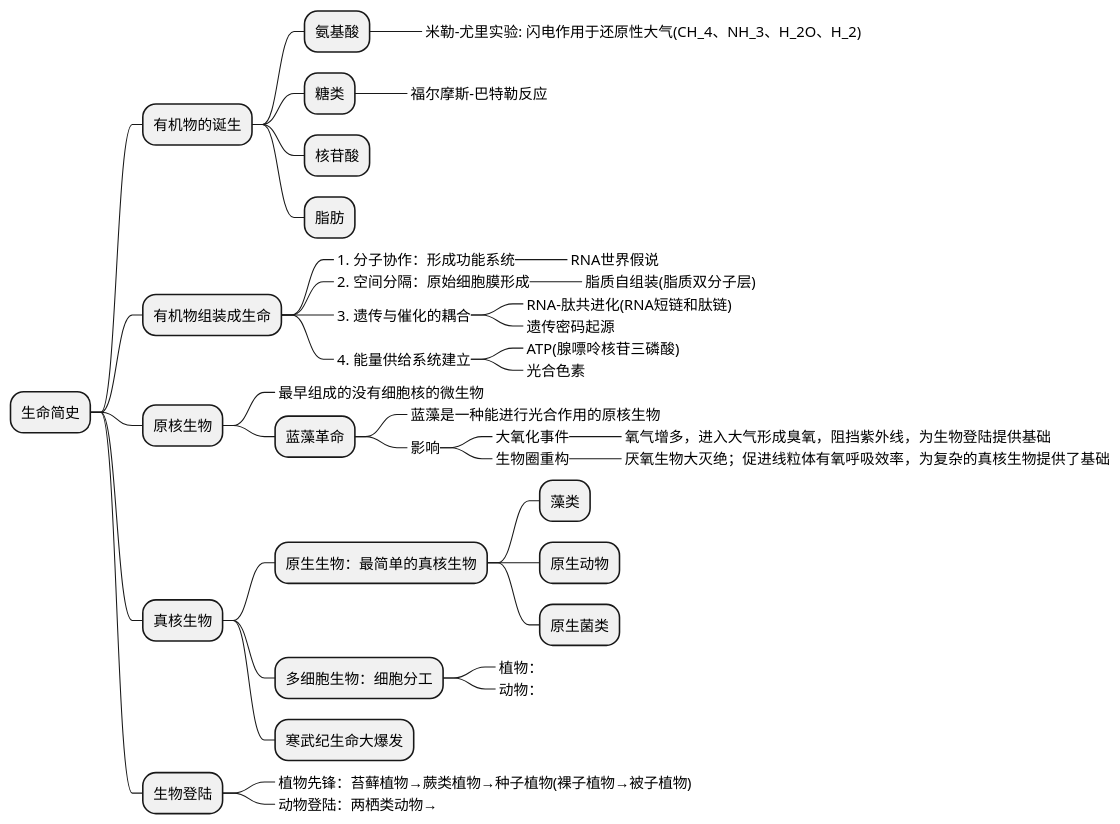
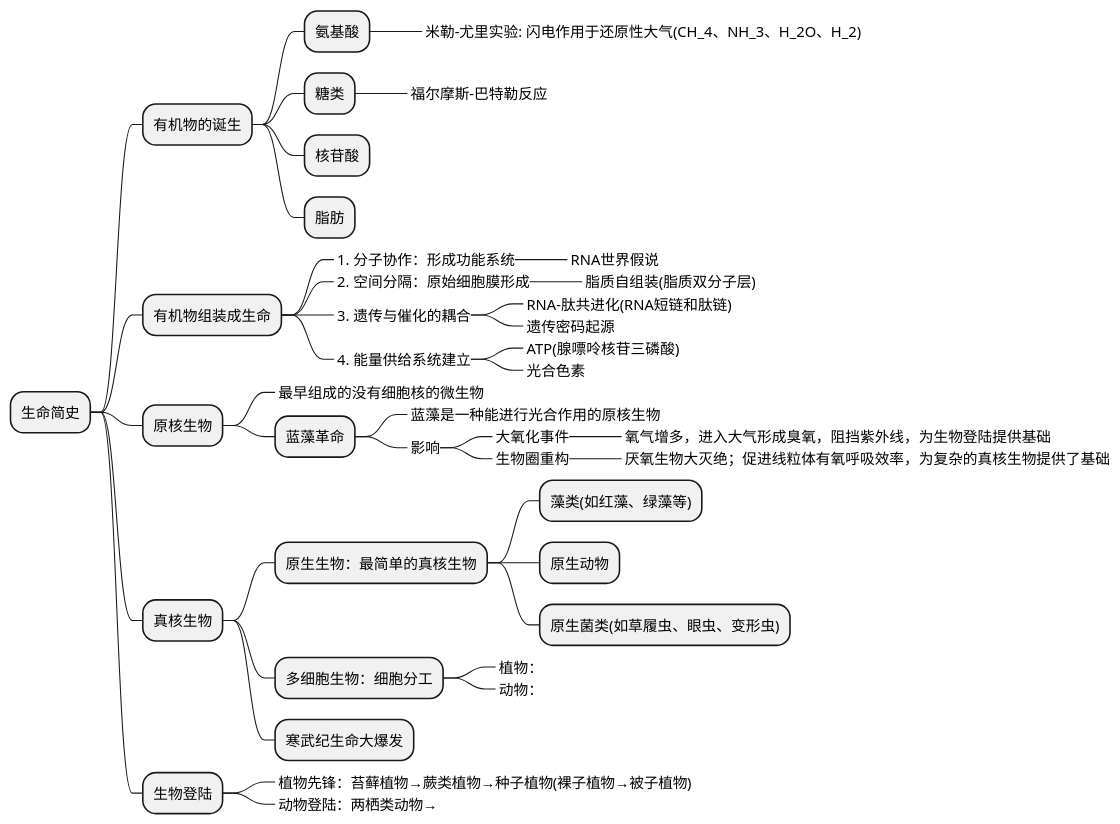
One commit to holmofy/blog.hufeifei.cn changed the diagram in source/_posts/history/life-history.md. Above: the diagram before and after it, drawn with PlantUML.

````diff
--- a/source/_posts/history/life-history.md
+++ b/source/_posts/history/life-history.md
@@ -15,44 +15,44 @@
 ```plantuml
 @startmindmap
 + 生命简史
 ++ 有机物的诞生
 +++ 氨基酸
 ++++_ 米勒-尤里实验: 闪电作用于还原性大气(CH_4、NH_3、H_2O、H_2)
 +++ 糖类
 ++++_ 福尔摩斯-巴特勒反应
 +++ 核苷酸
 +++ 脂肪
 ++ 有机物组装成生命
 +++_ 1. 分子协作：形成功能系统
 ++++_ RNA世界假说
 +++_ 2. 空间分隔：原始细胞膜形成
 ++++_ 脂质自组装(脂质双分子层)
 +++_ 3. 遗传与催化的耦合
 ++++_ RNA-肽共进化(RNA短链和肽链)
 ++++_ 遗传密码起源
 +++_ 4. 能量供给系统建立
 ++++_ ATP(腺嘌呤核苷三磷酸)
 ++++_ 光合色素
 ++ 原核生物
 +++_ 最早组成的没有细胞核的微生物
 +++ 蓝藻革命
 ++++_ 蓝藻是一种能进行光合作用的原核生物
 ++++_ 影响
 +++++_ 大氧化事件
 ++++++_ 氧气增多，进入大气形成臭氧，阻挡紫外线，为生物登陆提供基础
 +++++_ 生物圈重构
 ++++++_ 厌氧生物大灭绝；促进线粒体有氧呼吸效率，为复杂的真核生物提供了基础
 ++ 真核生物
 +++ 原生生物：最简单的真核生物
-++++ 藻类
+++++ 藻类(如红藻、绿藻等)
 ++++ 原生动物
-++++ 原生菌类
+++++ 原生菌类(如草履虫、眼虫、变形虫)
 +++ 多细胞生物：细胞分工
 ++++_ 植物：
 ++++_ 动物：
 +++ 寒武纪生命大爆发
 ++ 生物登陆
 +++_ 植物先锋：苔藓植物→蕨类植物→种子植物(裸子植物→被子植物)
 +++_ 动物登陆：两栖类动物→
 @endmindmap
 ```
````
